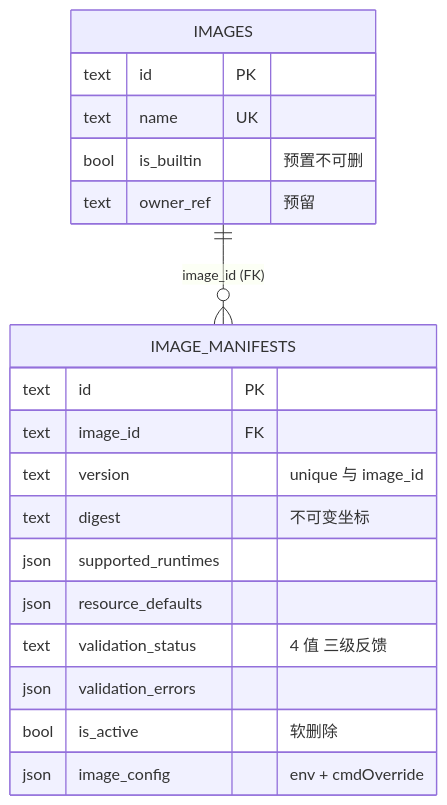
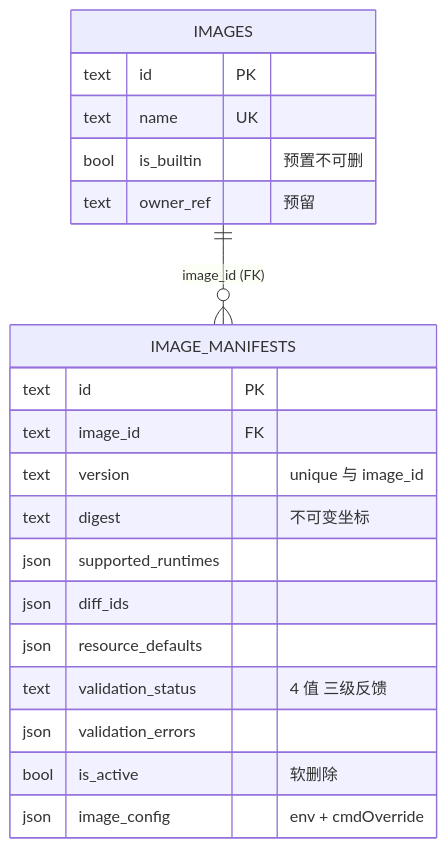
Before and after one commit to Xeonice/cloud-agent-platform-docs: the fourth of 9 diagrams in docs/backend/13-后端数据库设计.md, drawn with Mermaid. The commit also changed other lines of this file and 19 other files, not shown here.

````diff
--- a/docs/backend/13-后端数据库设计.md
+++ b/docs/backend/13-后端数据库设计.md
@@ -508,22 +661,23 @@
 ```mermaid
 erDiagram
     IMAGES ||--o{ IMAGE_MANIFESTS : "image_id (FK)"
     IMAGES {
         text id PK
         text name UK
         bool is_builtin "预置不可删"
         text owner_ref "预留"
     }
     IMAGE_MANIFESTS {
         text id PK
         text image_id FK
         text version "unique 与 image_id"
         text digest "不可变坐标"
         json supported_runtimes
+        json diff_ids
         json resource_defaults
         text validation_status "4 值 三级反馈"
         json validation_errors
         bool is_active "软删除"
         json image_config "env + cmdOverride"
     }
 ```
````
